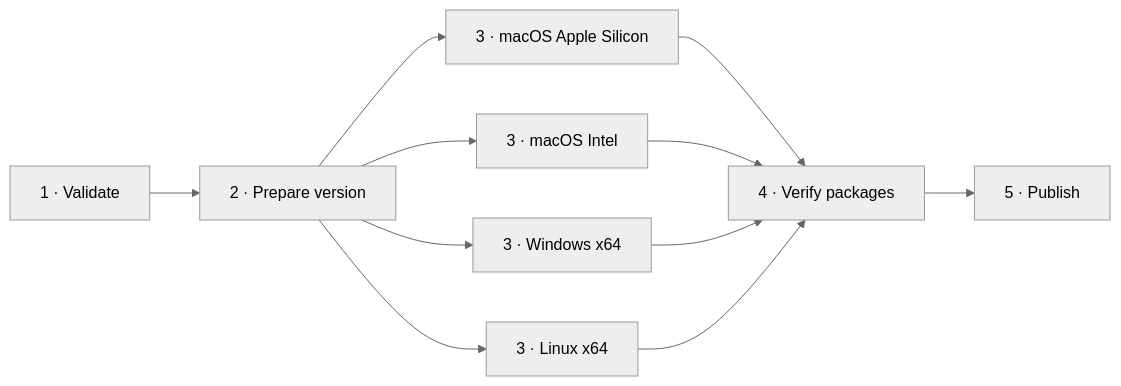
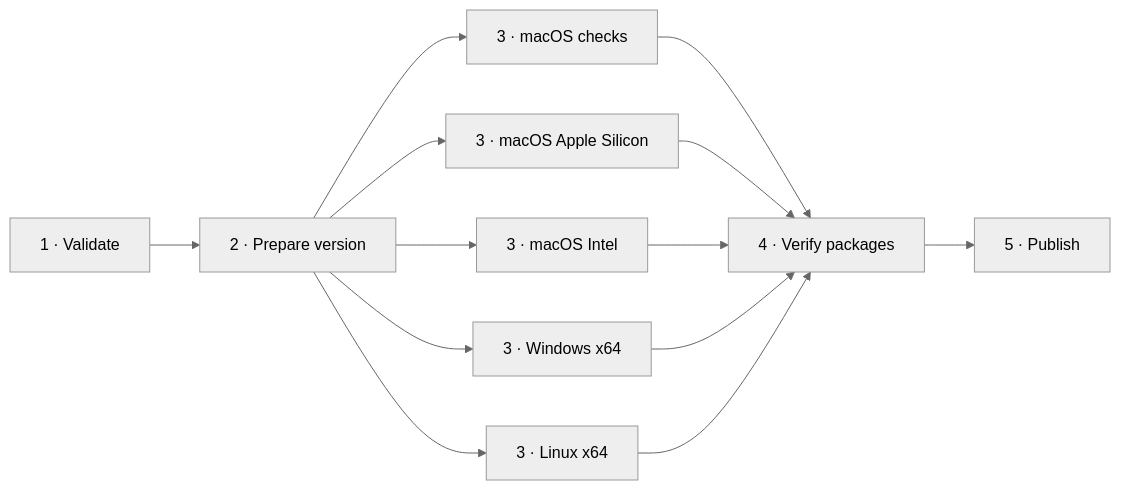
The diagram in docs/releasing.md (cagatayldzz/tendkit), drawn with Mermaid (neutral theme) before and after one commit. The commit also changed other lines of this file and 5 other files, not shown here.

Commit message:
feat: add macOS lint and test checks as a parallel job in the release workflow

````diff
--- a/docs/releasing.md
+++ b/docs/releasing.md
@@ -26,13 +27,15 @@
 ```mermaid
 flowchart LR
   V["1 · Validate"] --> P["2 · Prepare version"]
   P --> A["3 · macOS Apple Silicon"]
   P --> I["3 · macOS Intel"]
+  P --> K["3 · macOS checks"]
   P --> W["3 · Windows x64"]
   P --> L["3 · Linux x64"]
+  K --> C
   A --> C["4 · Verify packages"]
   I --> C
   W --> C
   L --> C
   C --> R["5 · Publish"]
 ```
````
